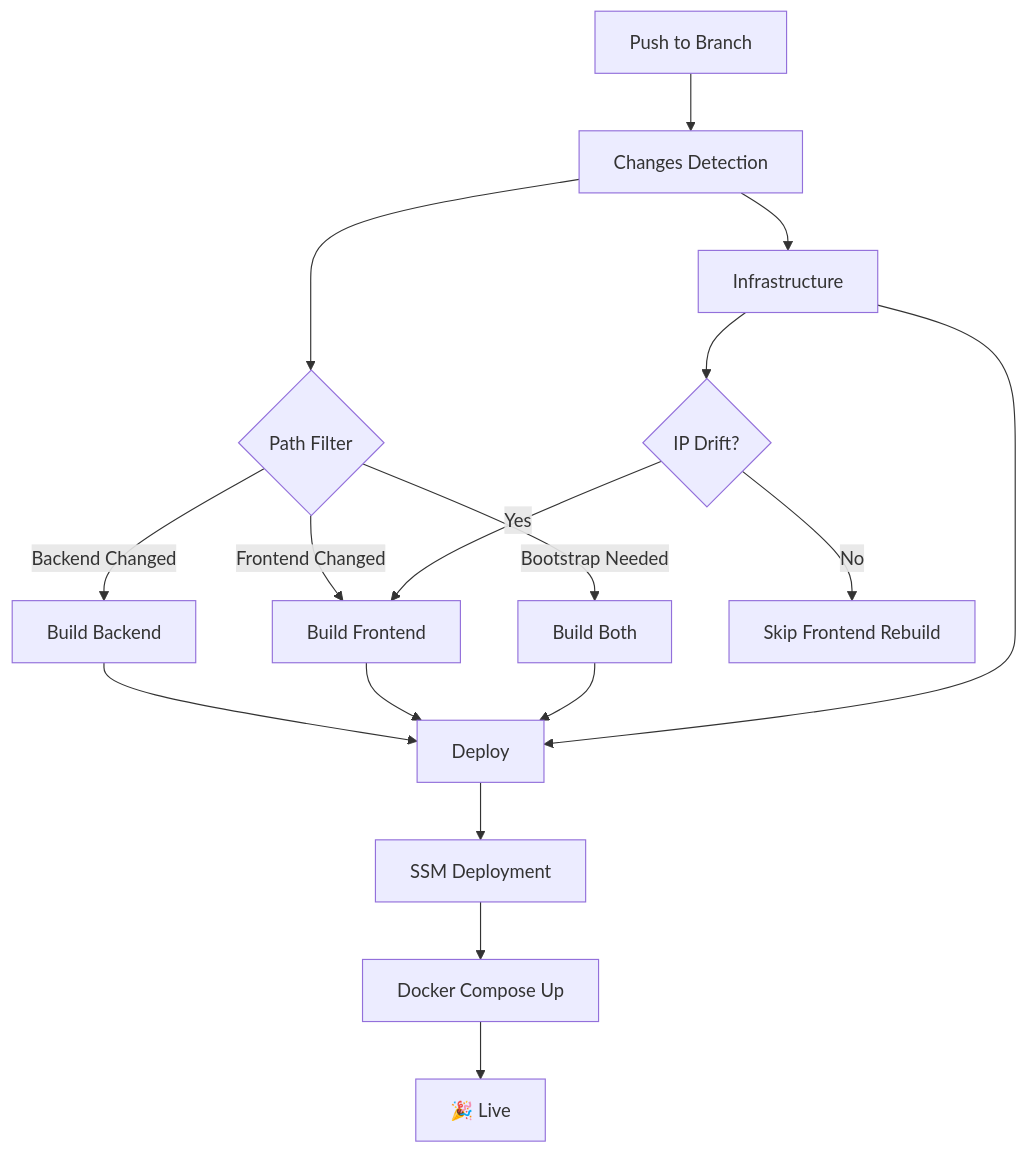
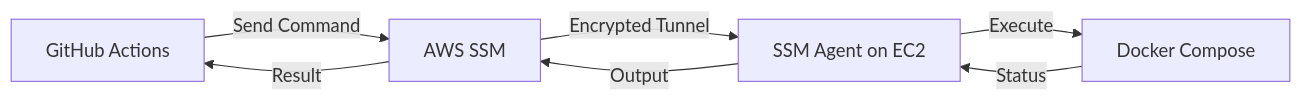
One commit to swapnil29032000/sdsdsd changed the first of 3 diagrams in DEVOPS.md. Above: the diagram before and after it, drawn with Mermaid. The commit also changed other lines of this file and 3 other files, not shown here.

````diff
--- a/DEVOPS.md
+++ b/DEVOPS.md
@@ -85,19 +113,9 @@
 ```mermaid
-graph TB
-    A[Push to Branch] --> B[Changes Detection]
-    B --> C{Path Filter}
-    C -->|Backend Changed| D[Build Backend]
-    C -->|Frontend Changed| E[Build Frontend]
-    C -->|Bootstrap Needed| F[Build Both]
-    B --> G[Infrastructure]
-    G --> H{IP Drift?}
-    H -->|Yes| E
-    H -->|No| I[Skip Frontend Rebuild]
-    D --> J[Deploy]
-    E --> J
-    F --> J
-    G --> J
-    J --> K[SSM Deployment]
-    K --> L[Docker Compose Up]
-    L --> M[🎉 Live]
+graph LR
+    A[GitHub Actions] -->|Send Command| B[AWS SSM]
+    B -->|Encrypted Tunnel| C[SSM Agent on EC2]
+    C -->|Execute| D[Docker Compose]
+    D -->|Status| C
+    C -->|Output| B
+    B -->|Result| A
 ```
````
